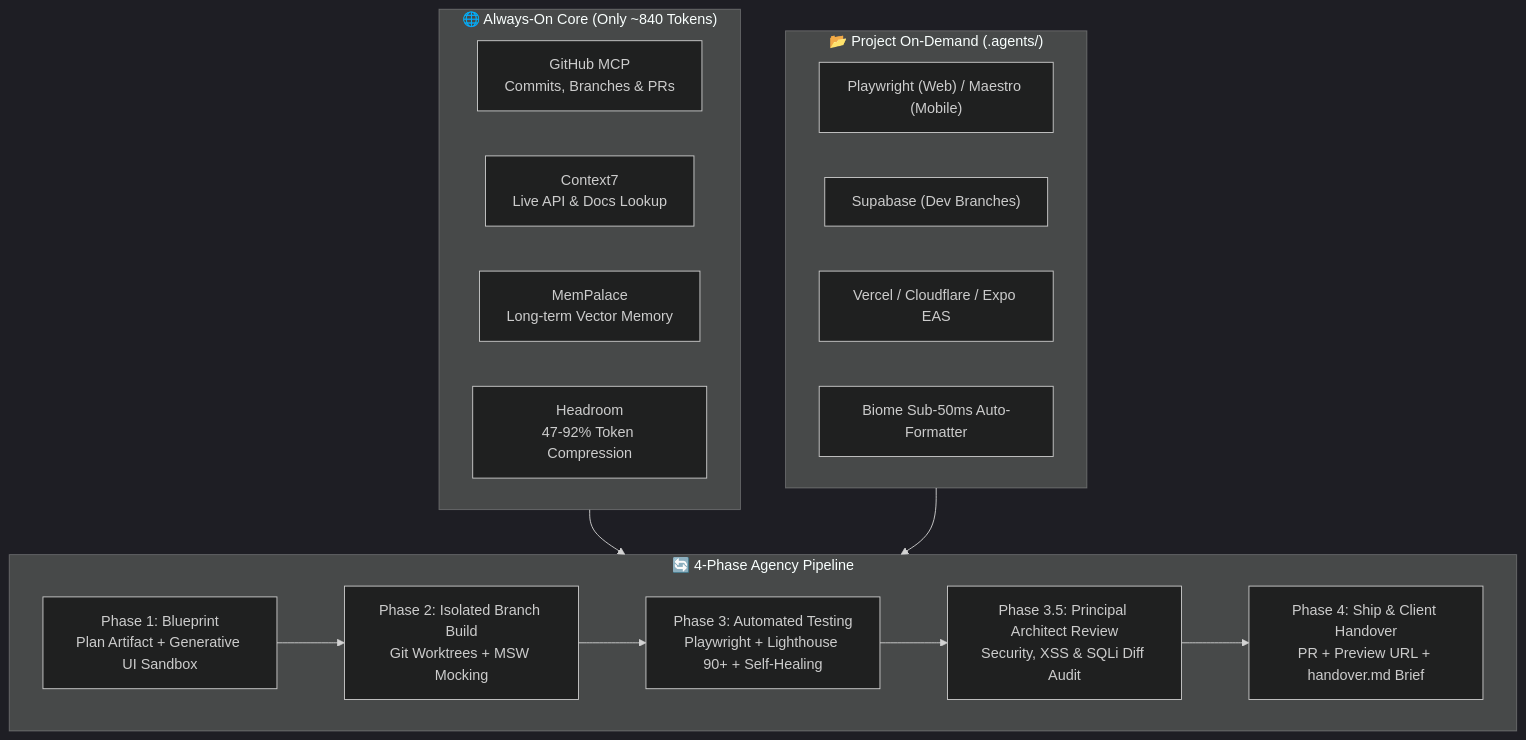
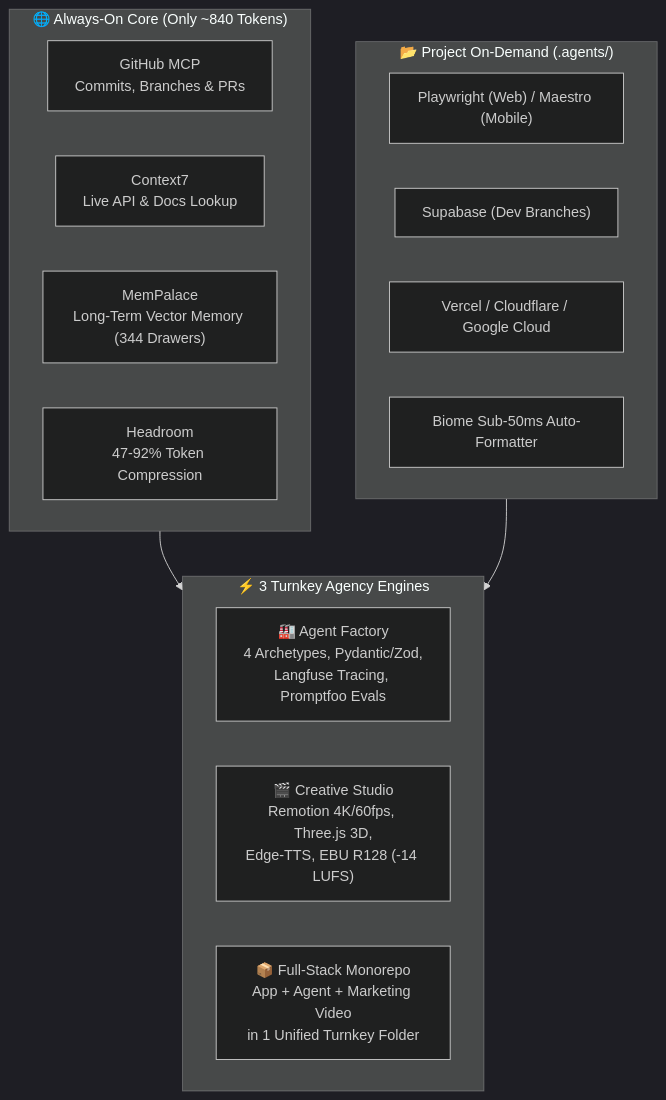
One commit to josuva777/universal-agency-pipeline changed the diagram in README.md. Above: the diagram before and after it, drawn with Mermaid (dark theme). The commit also changed other lines of this file and 8 other files, not shown here.

````diff
--- a/README.md
+++ b/README.md
@@ -15,28 +18,25 @@
 ```mermaid
 flowchart TD
     subgraph GLOBAL["🌐 Always-On Core (Only ~840 Tokens)"]
         GH["GitHub MCP\nCommits, Branches & PRs"]
         CTX["Context7\nLive API & Docs Lookup"]
-        MEM["MemPalace\nLong-term Vector Memory"]
+        MEM["MemPalace\nLong-Term Vector Memory (344 Drawers)"]
         HEAD["Headroom\n47-92% Token Compression"]
     end
 
     subgraph WORKSPACE["📂 Project On-Demand (.agents/)"]
         PW["Playwright (Web) / Maestro (Mobile)"]
         SUPA["Supabase (Dev Branches)"]
-        DEP["Vercel / Cloudflare / Expo EAS"]
+        DEP["Vercel / Cloudflare / Google Cloud"]
         BIOME["Biome Sub-50ms Auto-Formatter"]
     end
 
-    subgraph PHASES["🔄 4-Phase Agency Pipeline"]
-        P1["Phase 1: Blueprint\nPlan Artifact + Generative UI Sandbox"]
-        P2["Phase 2: Isolated Branch Build\nGit Worktrees + MSW Mocking"]
-        P3["Phase 3: Automated Testing\nPlaywright + Lighthouse 90+ + Self-Healing"]
-        REV["Phase 3.5: Principal Architect Review\nSecurity, XSS & SQLi Diff Audit"]
-        P4["Phase 4: Ship & Client Handover\nPR + Preview URL + handover.md Brief"]
-        P1 --> P2 --> P3 --> REV --> P4
+    subgraph DISCIPLINES["⚡ 3 Turnkey Agency Engines"]
+        E1["🏭 Agent Factory\n4 Archetypes, Pydantic/Zod,\nLangfuse Tracing, Promptfoo Evals"]
+        E2["🎬 Creative Studio\nRemotion 4K/60fps, Three.js 3D,\nEdge-TTS, EBU R128 (-14 LUFS)"]
+        E3["📦 Full-Stack Monorepo\nApp + Agent + Marketing Video\nin 1 Unified Turnkey Folder"]
     end
 
-    GLOBAL --> PHASES
-    WORKSPACE --> PHASES
+    GLOBAL --> DISCIPLINES
+    WORKSPACE --> DISCIPLINES
 ```
````
